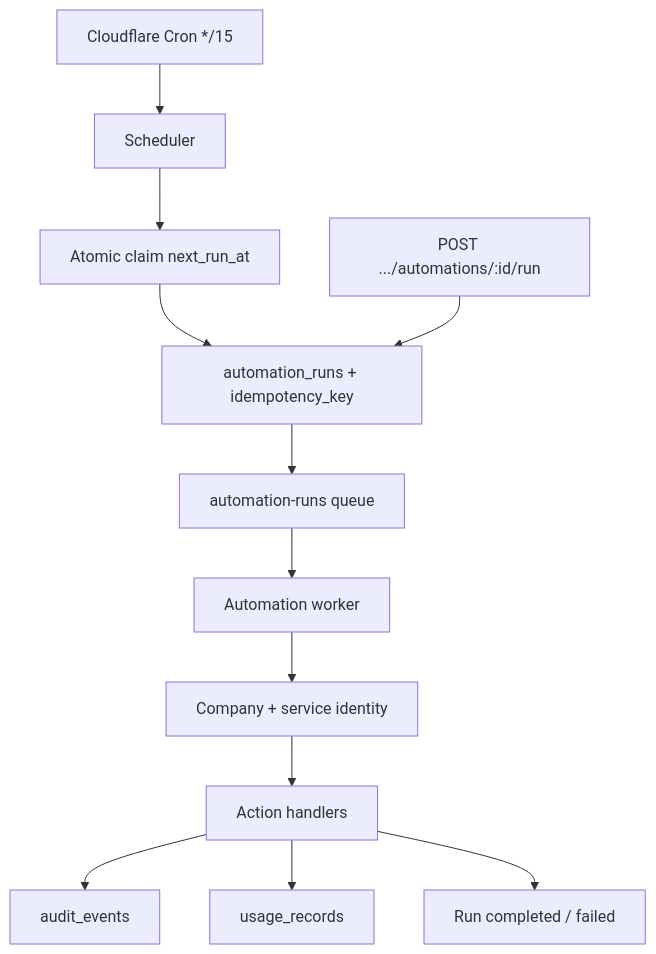
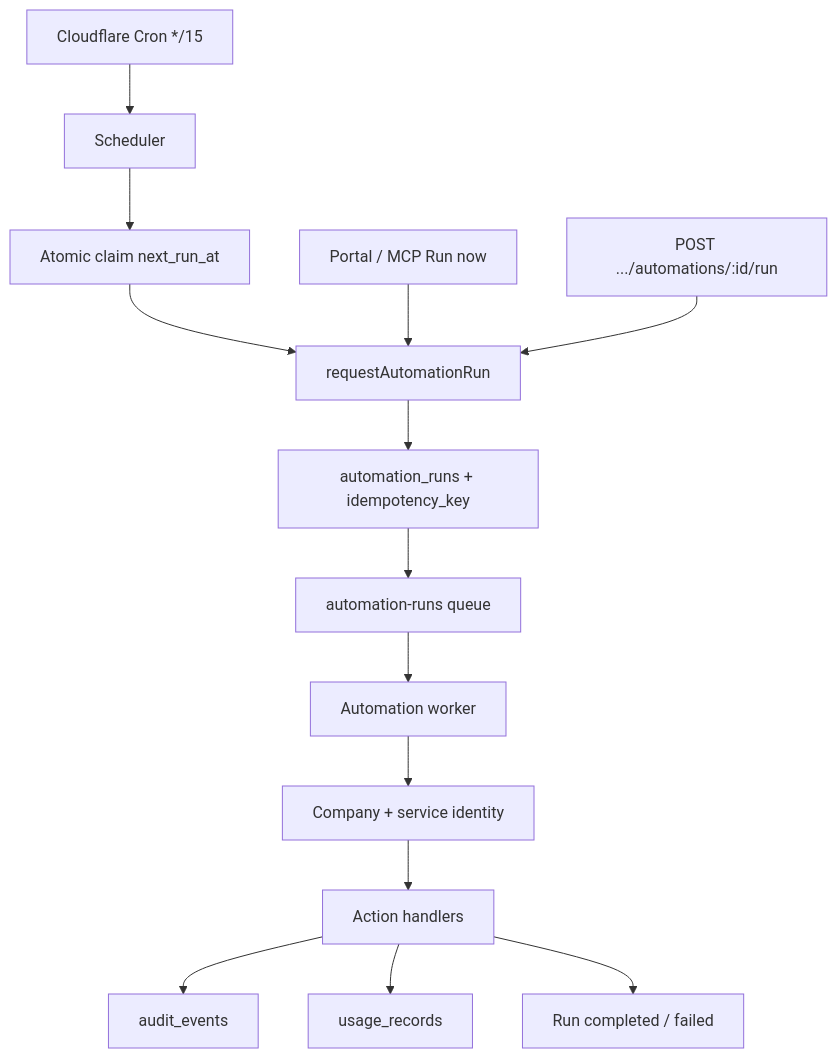
Before and after one commit to daniel00123-tech/Main: the diagram in infra/docs/automation-engine.md, drawn with Mermaid. The commit also changed other lines of this file and 19 other files, not shown here.

First line of the commit message:
Add universal automation Run now for portal and MCP.

````diff
--- a/infra/docs/automation-engine.md
+++ b/infra/docs/automation-engine.md
@@ -7,14 +7,16 @@
 ```mermaid
 flowchart TD
   Cron["Cloudflare Cron */15"] --> Scheduler
   Scheduler --> Claim["Atomic claim next_run_at"]
-  Claim --> RunRecord["automation_runs + idempotency_key"]
+  Claim --> Shared["requestAutomationRun"]
+  Portal["Portal / MCP Run now"] --> Shared
+  ManualAPI["POST .../automations/:id/run"] --> Shared
+  Shared --> RunRecord["automation_runs + idempotency_key"]
   RunRecord --> Queue["automation-runs queue"]
-  ManualAPI["POST .../automations/:id/run"] --> RunRecord
   Queue --> Worker["Automation worker"]
   Worker --> Permissions["Company + service identity"]
   Permissions --> Actions["Action handlers"]
   Actions --> Audit["audit_events"]
   Actions --> Metering["usage_records"]
   Actions --> Complete["Run completed / failed"]
 ```
````
